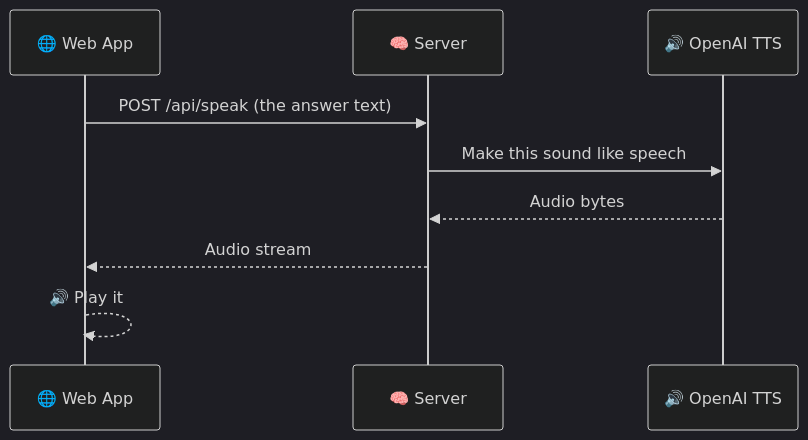
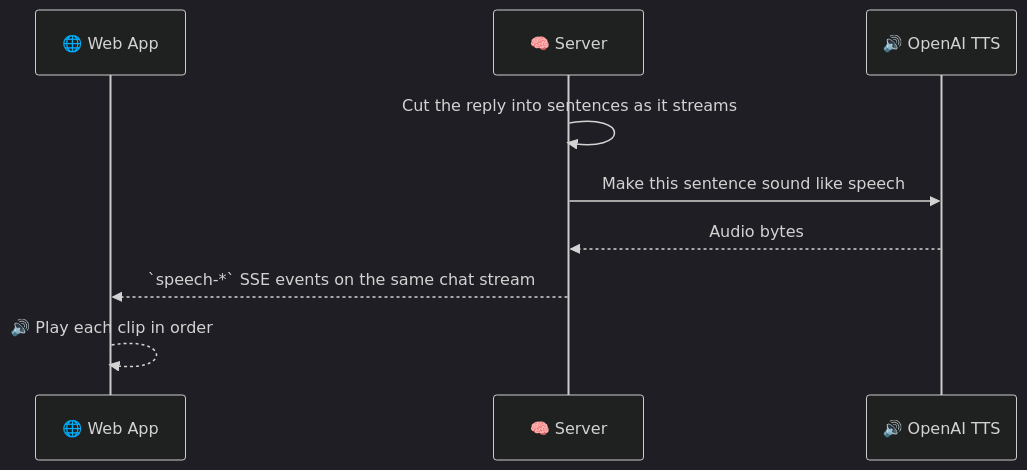
The fifth of 8 diagrams in README.md (Rezkaudi/AI-Voice-Tutor-for-Documents-), drawn with Mermaid (dark theme) before and after one commit. The commit also changed other lines of this file and 8 other files, not shown here.

Commit message:
refactor: remove dedicated /api/speak endpoint in favor of streaming speech audio directly within the chat SSE stream

````diff
--- a/README.md
+++ b/README.md
@@ -163,12 +163,12 @@
 ```mermaid
 sequenceDiagram
     participant App as 🌐 Web App
     participant Server as 🧠 Server
     participant TTS as 🔊 OpenAI TTS
 
-    App->>Server: POST /api/speak (the answer text)
-    Server->>TTS: Make this sound like speech
+    Server->>Server: Cut the reply into sentences as it streams
+    Server->>TTS: Make this sentence sound like speech
     TTS-->>Server: Audio bytes
-    Server-->>App: Audio stream
-    App-->>App: 🔊 Play it
+    Server-->>App: `speech-*` SSE events on the same chat stream
+    App-->>App: 🔊 Play each clip in order
 ```
````
